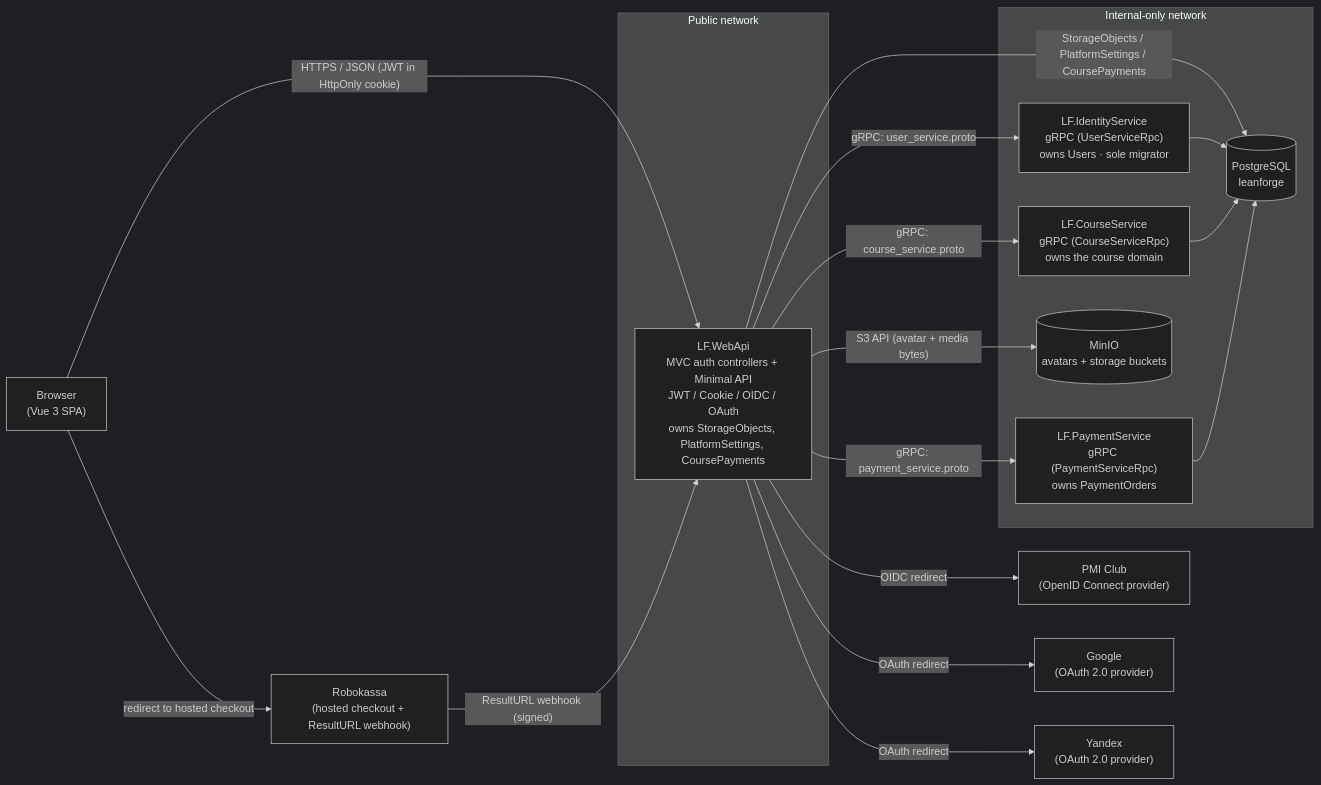
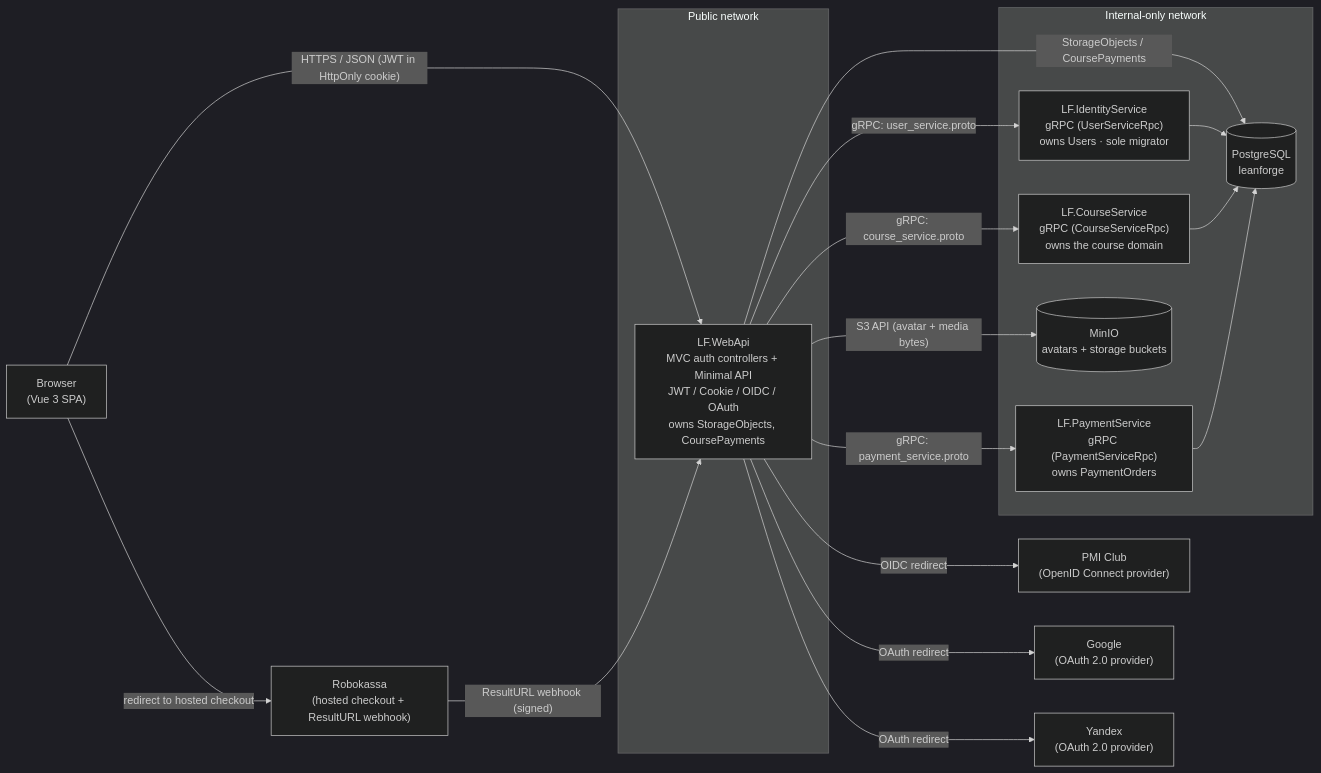
Before and after one commit to TopTuK/LeanForgeLMS: the first of 2 diagrams in Architecture.md, drawn with Mermaid (dark theme). The commit also changed other lines of this file and 39 other files, not shown here.

First line of the commit message:
Replace PlatformSettings with Unleash-backed feature flags.

````diff
--- a/Architecture.md
+++ b/Architecture.md
@@ -46,35 +46,35 @@
 ```mermaid
 graph LR
     Browser["Browser<br/>(Vue 3 SPA)"]
     PMI["PMI Club<br/>(OpenID Connect provider)"]
     Google["Google<br/>(OAuth 2.0 provider)"]
     Yandex["Yandex<br/>(OAuth 2.0 provider)"]
     Robokassa["Robokassa<br/>(hosted checkout + ResultURL webhook)"]
 
     subgraph Public["Public network"]
-        WebApi["LF.WebApi<br/>MVC auth controllers + Minimal API<br/>JWT / Cookie / OIDC / OAuth<br/>owns StorageObjects, PlatformSettings, CoursePayments"]
+        WebApi["LF.WebApi<br/>MVC auth controllers + Minimal API<br/>JWT / Cookie / OIDC / OAuth<br/>owns StorageObjects, CoursePayments"]
     end
 
     subgraph Internal["Internal-only network"]
         IdentitySvc["LF.IdentityService<br/>gRPC (UserServiceRpc)<br/>owns Users · sole migrator"]
         CourseSvc["LF.CourseService<br/>gRPC (CourseServiceRpc)<br/>owns the course domain"]
         PaymentSvc["LF.PaymentService<br/>gRPC (PaymentServiceRpc)<br/>owns PaymentOrders"]
         Postgres[("PostgreSQL<br/>leanforge")]
         Minio[("MinIO<br/>avatars + storage buckets")]
     end
 
     Browser -- "HTTPS / JSON (JWT in HttpOnly cookie)" --> WebApi
     Browser -- "redirect to hosted checkout" --> Robokassa
     Robokassa -- "ResultURL webhook (signed)" --> WebApi
     WebApi -- "OIDC redirect" --> PMI
     WebApi -- "OAuth redirect" --> Google
     WebApi -- "OAuth redirect" --> Yandex
     WebApi -- "gRPC: user_service.proto" --> IdentitySvc
     WebApi -- "gRPC: course_service.proto" --> CourseSvc
     WebApi -- "gRPC: payment_service.proto" --> PaymentSvc
     WebApi -- "S3 API (avatar + media bytes)" --> Minio
-    WebApi -- "StorageObjects / PlatformSettings / CoursePayments" --> Postgres
+    WebApi -- "StorageObjects / CoursePayments" --> Postgres
     IdentitySvc --> Postgres
     CourseSvc --> Postgres
     PaymentSvc --> Postgres
 ```
````
